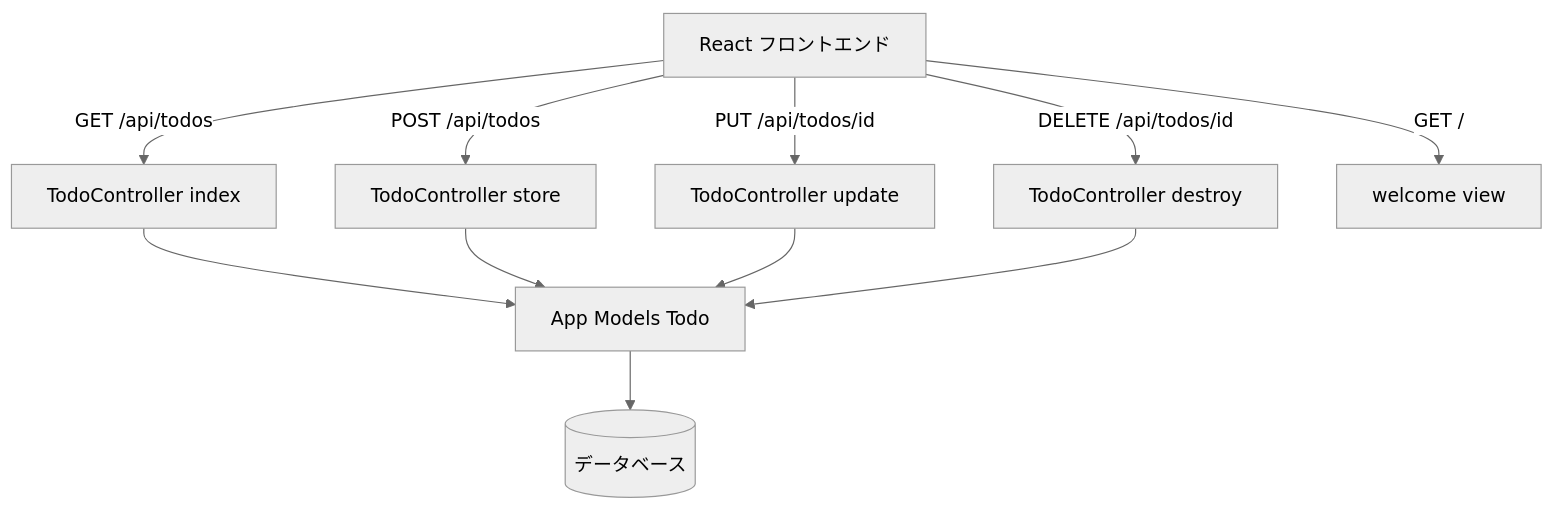
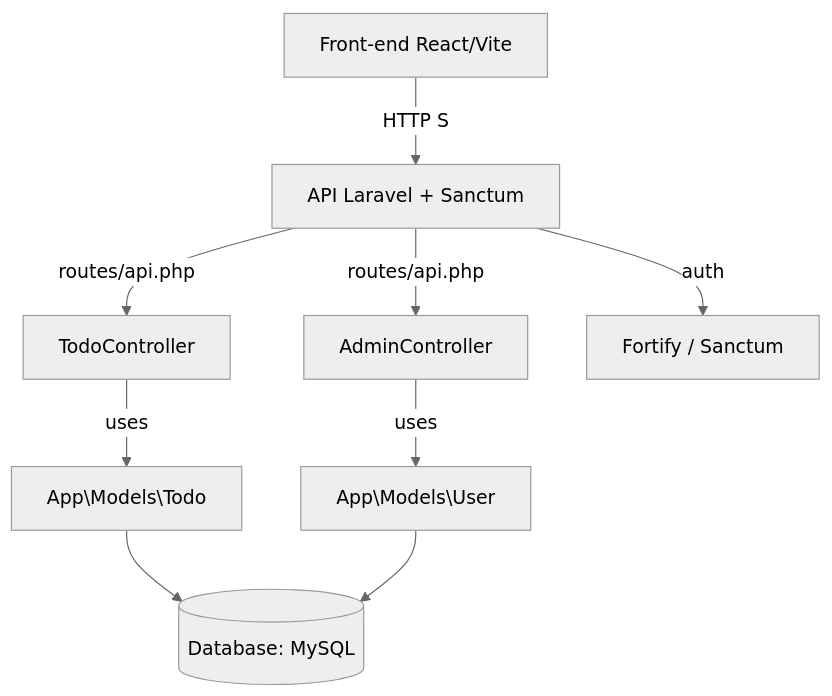
The first of 2 diagrams in README.md (alcion-demo/laravel_API_React), drawn with Mermaid (neutral theme) before and after one commit. The commit also changed other lines of this file and 14 other files, not shown here.

````diff
--- a/README.md
+++ b/README.md
@@ -149,16 +170,11 @@
 ```mermaid
 graph TD
-  Browser[React フロントエンド] -->|GET /api/todos| Index[TodoController index]
-  Browser -->|POST /api/todos| Store[TodoController store]
-  Browser -->|PUT /api/todos/id| Update[TodoController update]
-  Browser -->|DELETE /api/todos/id| Destroy[TodoController destroy]
-
-  Index --> TodoModel[App Models Todo]
-  Store --> TodoModel
-  Update --> TodoModel
-  Destroy --> TodoModel
-
-  TodoModel --> DB[(データベース)]
-
-  Browser -->|GET /| WebHome[welcome view]
+  Client[Front-end React/Vite] -->|HTTP S| API[API Laravel + Sanctum]
+  API -->|routes/api.php| TodoController[TodoController]
+  API -->|routes/api.php| AdminController[AdminController]
+  TodoController -->|uses| TodoModel["App\Models\Todo"]
+  AdminController -->|uses| UserModel["App\Models\User"]
+  TodoModel --> DB[(Database: MySQL)]
+  UserModel --> DB
+  API -->|auth| Fortify[Fortify / Sanctum]
 ```
````
